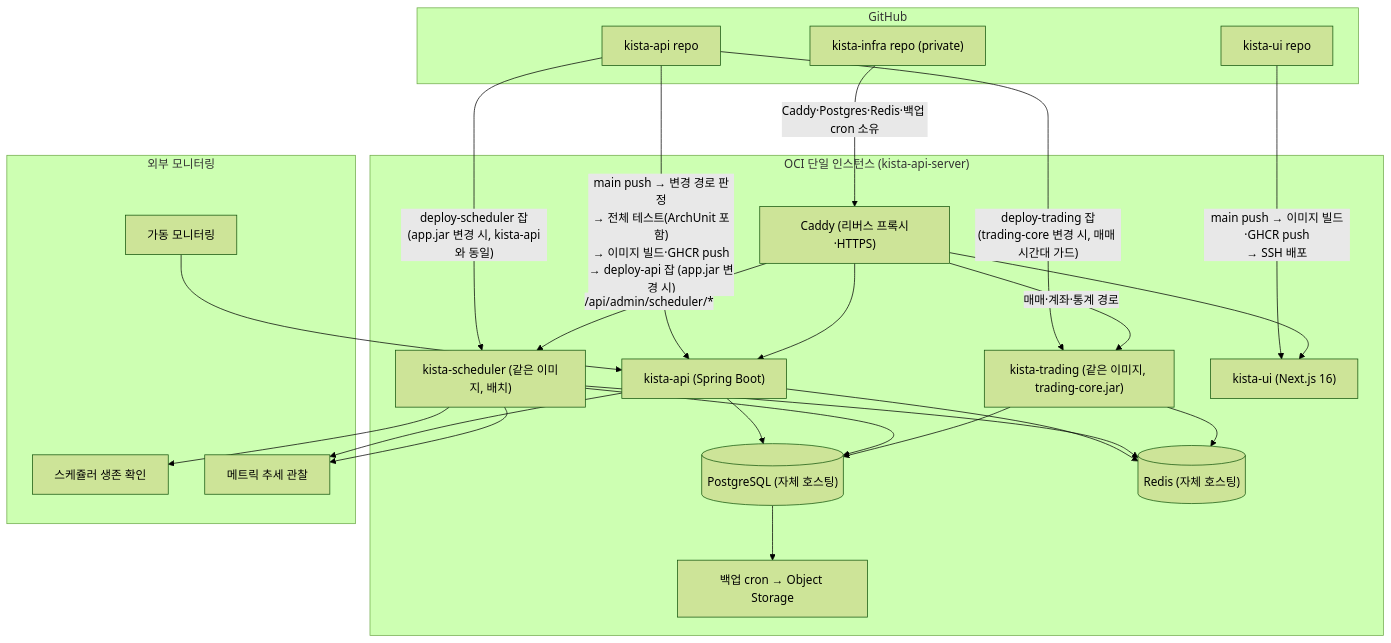
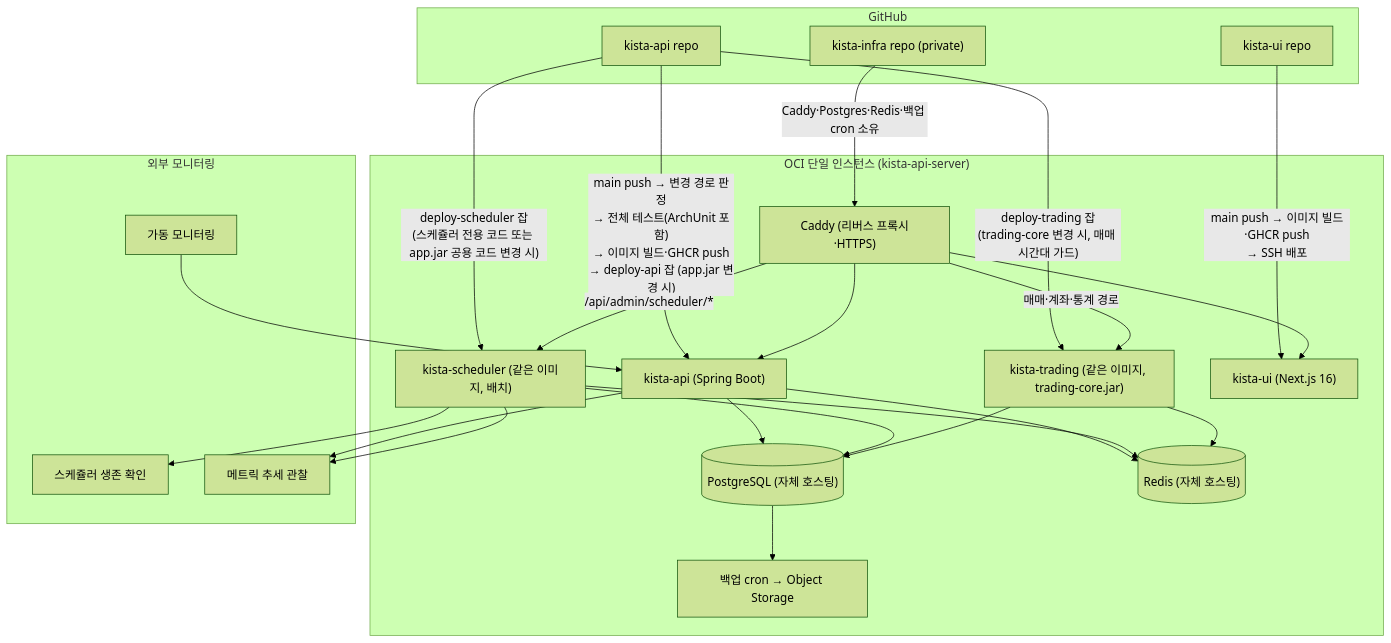
One commit to narafu/kista-api changed the third of 3 diagrams in README.md. Above: the diagram before and after it, drawn with Mermaid (forest theme). The commit also changed 3 other files, not shown here.

First line of the commit message:
feat(deploy): 스케쥴러 전용 변경은 kista-scheduler만 배포

````diff
--- a/README.md
+++ b/README.md
@@ -90,46 +90,46 @@
 ```mermaid
 graph TB
     subgraph GH["GitHub"]
         RepoUI["kista-ui repo"]
         RepoAPI["kista-api repo"]
         RepoInfra["kista-infra repo (private)"]
     end
 
     subgraph OciInfra["OCI 단일 인스턴스 (kista-api-server)"]
         Caddy["Caddy (리버스 프록시·HTTPS)"]
         APIApp["kista-api (Spring Boot)"]
         SchedApp["kista-scheduler (같은 이미지, 배치)"]
         TradingApp["kista-trading (같은 이미지, trading-core.jar)"]
         UIApp["kista-ui (Next.js 16)"]
         PG[("PostgreSQL (자체 호스팅)")]
         Redis[("Redis (자체 호스팅)")]
         Backup["백업 cron → Object Storage"]
     end
 
     subgraph Monitoring["외부 모니터링"]
         Uptime["가동 모니터링"]
         HC["스케쥴러 생존 확인"]
         Grafana["메트릭 추세 관찰"]
     end
 
     RepoUI -->|"main push → 이미지 빌드·GHCR push<br/>→ SSH 배포"| UIApp
     RepoAPI -->|"main push → 변경 경로 판정<br/>→ 전체 테스트(ArchUnit 포함)<br/>→ 이미지 빌드·GHCR push<br/>→ deploy-api 잡 (app.jar 변경 시)"| APIApp
-    RepoAPI -->|"deploy-scheduler 잡<br/>(app.jar 변경 시, kista-api와 동일)"| SchedApp
+    RepoAPI -->|"deploy-scheduler 잡<br/>(스케쥴러 전용 코드 또는 app.jar 공용 코드 변경 시)"| SchedApp
     RepoAPI -->|"deploy-trading 잡<br/>(trading-core 변경 시, 매매 시간대 가드)"| TradingApp
     RepoInfra -->|"Caddy·Postgres·Redis·백업 cron 소유"| Caddy
     Caddy --> APIApp
     Caddy -->|"/api/admin/scheduler/*"| SchedApp
     Caddy -->|"매매·계좌·통계 경로"| TradingApp
     Caddy --> UIApp
     APIApp --> PG
     SchedApp --> PG
     TradingApp --> PG
     APIApp --> Redis
     SchedApp --> Redis
     TradingApp --> Redis
     PG --> Backup
     Uptime --> APIApp
     SchedApp --> HC
     APIApp --> Grafana
     SchedApp --> Grafana
 ```
````
